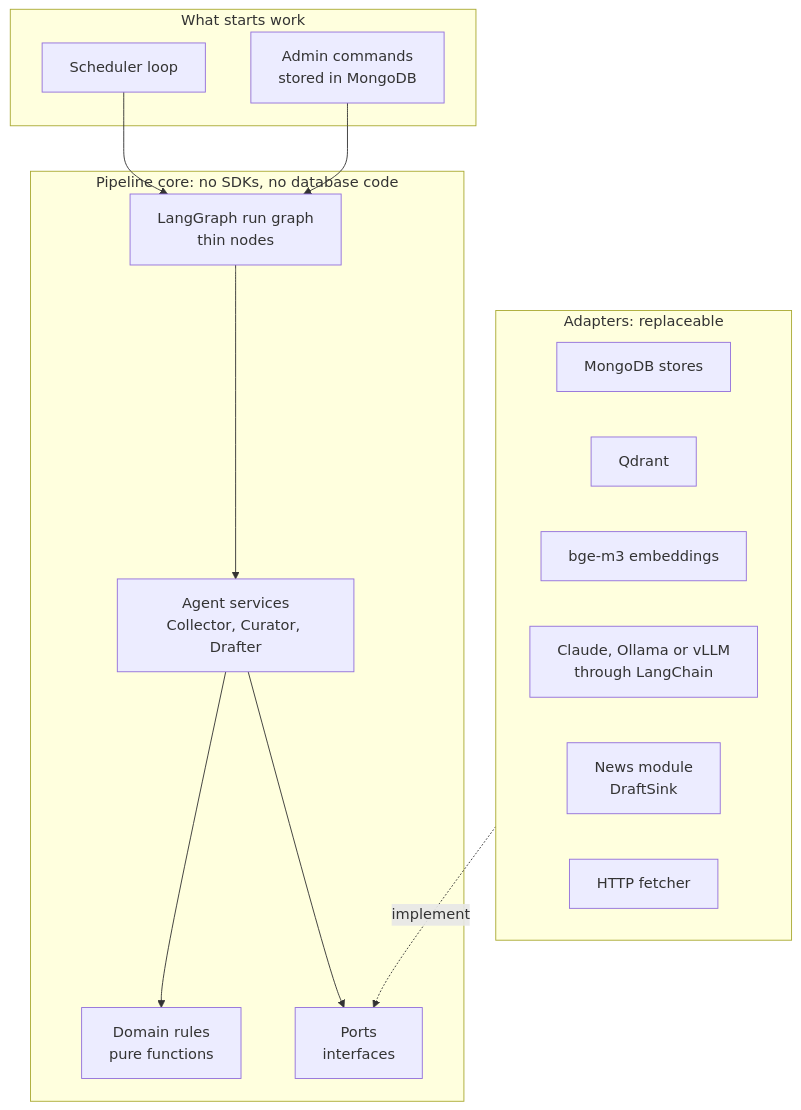
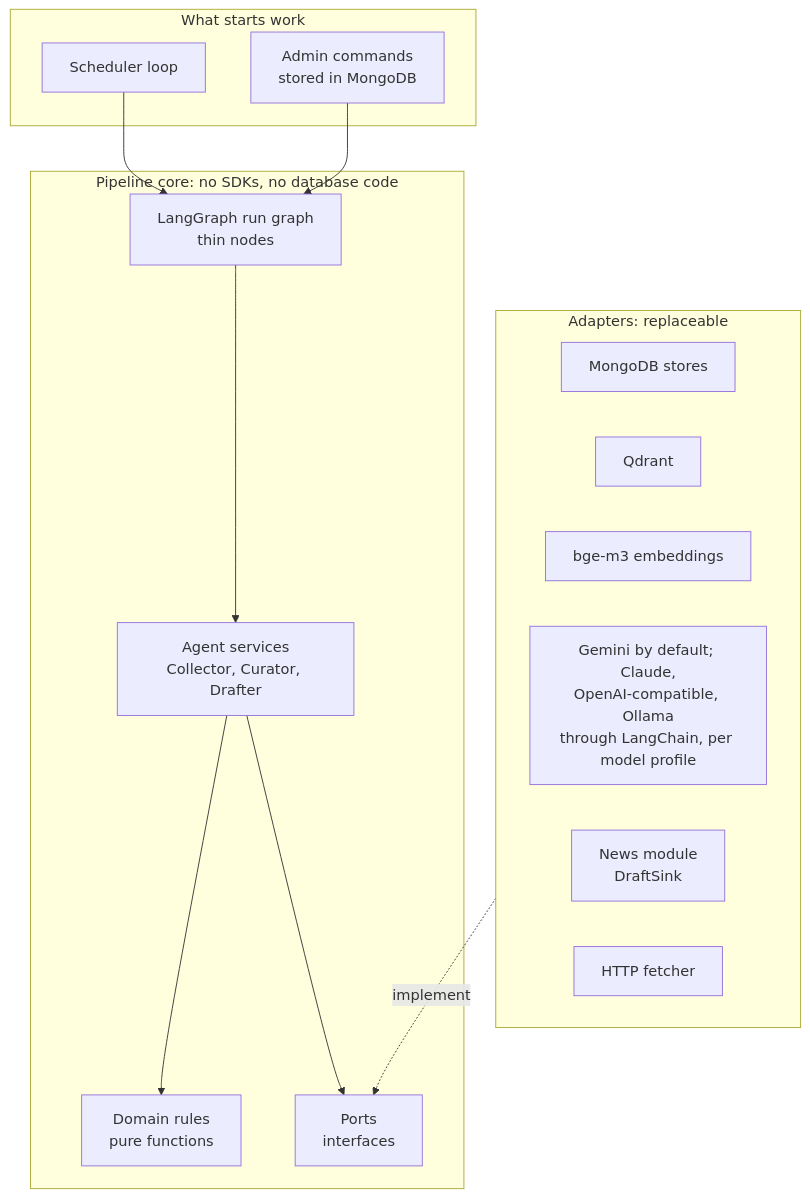
Before and after one commit to foysalahmedmin/z-news: the third of 20 diagrams in docs/ai-news-automation-plan.md, drawn with Mermaid. The commit also changed other lines of this file, not shown here.

Commit message:
docs: continue Gemini model update in AI news automation plan

````diff
--- a/docs/ai-news-automation-plan.md
+++ b/docs/ai-news-automation-plan.md
@@ -97,27 +99,27 @@
 ```mermaid
 flowchart TB
     subgraph DRIVE["What starts work"]
         SCHED["Scheduler loop"]
         CMDS["Admin commands<br/>stored in MongoDB"]
     end
     subgraph CORE["Pipeline core: no SDKs, no database code"]
         GRAPH["LangGraph run graph<br/>thin nodes"]
         SVC["Agent services<br/>Collector, Curator, Drafter"]
         DOM["Domain rules<br/>pure functions"]
         PORTS["Ports<br/>interfaces"]
     end
     subgraph ADP["Adapters: replaceable"]
         X1["MongoDB stores"]
         X2["Qdrant"]
         X3["bge-m3 embeddings"]
-        X4["Claude, Ollama or vLLM<br/>through LangChain"]
+        X4["Gemini by default; Claude,<br/>OpenAI-compatible, Ollama<br/>through LangChain, per model profile"]
         X5["News module<br/>DraftSink"]
         X6["HTTP fetcher"]
     end
     SCHED --> GRAPH
     CMDS --> GRAPH
     GRAPH --> SVC
     SVC --> DOM
     SVC --> PORTS
     ADP -.->|"implement"| PORTS
 ```
````
